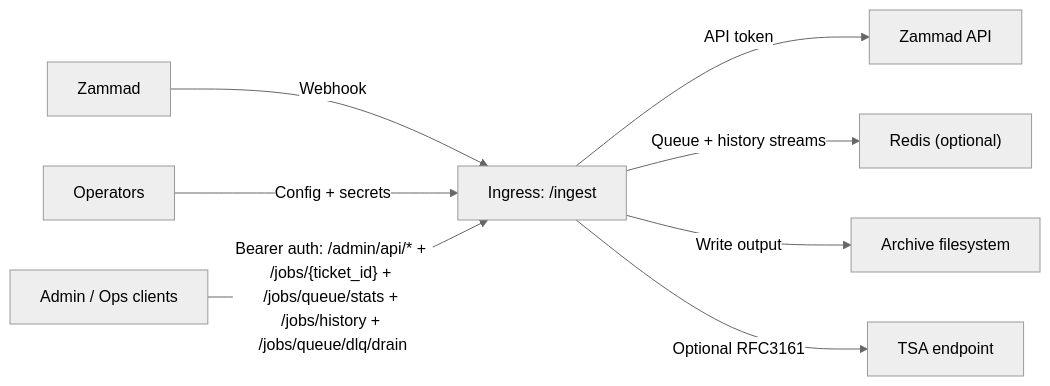
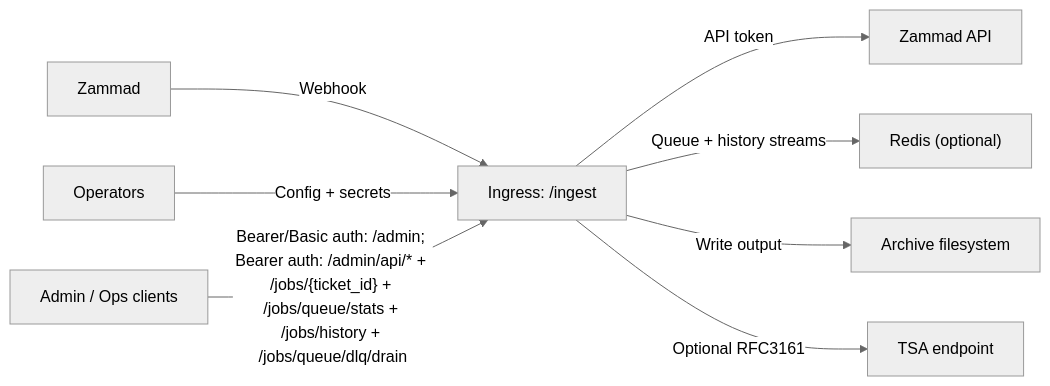
Before and after one commit to sebastianspicker/chronikwerk: the diagram in docs/09-security.md, drawn with Mermaid (neutral theme). The commit also changed other lines of this file and 67 other files, not shown here.

````diff
--- a/docs/09-security.md
+++ b/docs/09-security.md
@@ -7,10 +7,10 @@
 ```mermaid
 flowchart LR
   Z["Zammad"] -->|"Webhook"| I["Ingress: /ingest"]
   OP["Operators"] -->|"Config + secrets"| I
-  A["Admin / Ops clients"] -->|"Bearer auth: /admin/api/* + /jobs/{ticket_id} + /jobs/queue/stats + /jobs/history + /jobs/queue/dlq/drain"| I
+  A["Admin / Ops clients"] -->|"Bearer/Basic auth: /admin; Bearer auth: /admin/api/* + /jobs/{ticket_id} + /jobs/queue/stats + /jobs/history + /jobs/queue/dlq/drain"| I
   I -->|"API token"| ZA["Zammad API"]
   I -->|"Queue + history streams"| R["Redis (optional)"]
   I -->|"Write output"| FS["Archive filesystem"]
   I -->|"Optional RFC3161"| TSA["TSA endpoint"]
 ```
````
